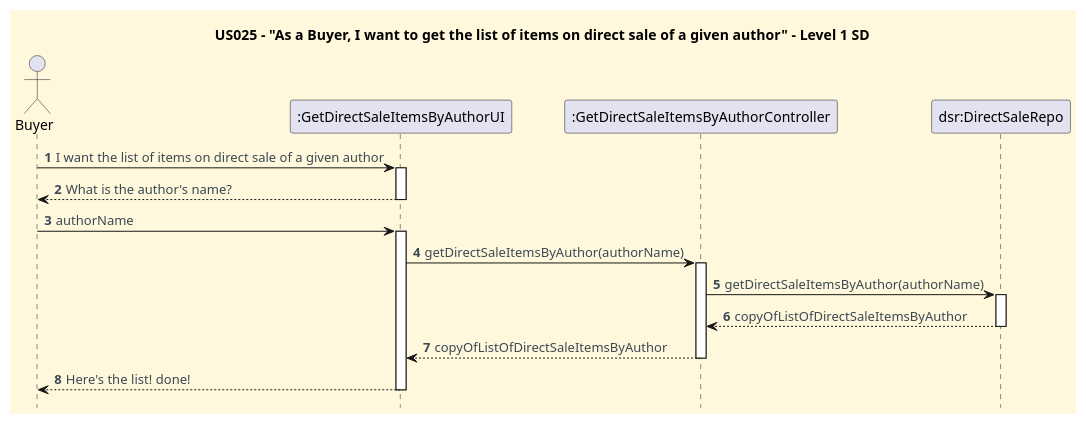
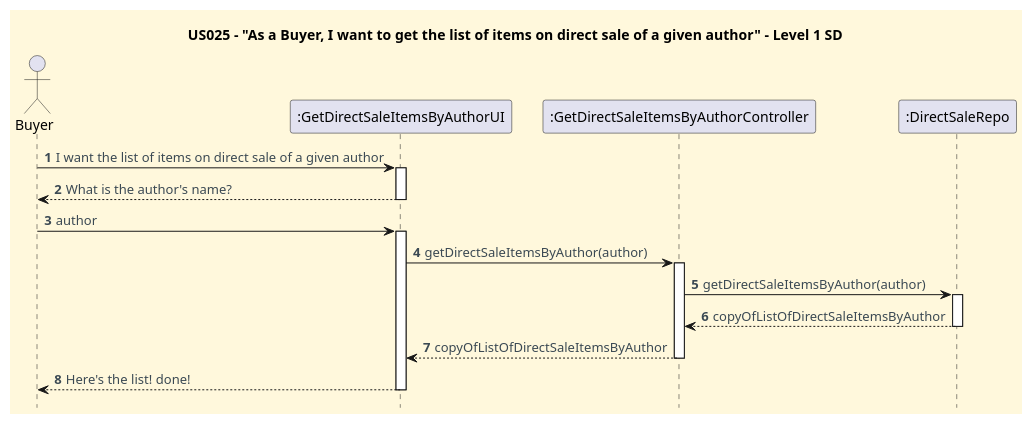
Before and after one commit to CarolinaLeite-collab/JavaMarketplacePlatform: the diagram in docs/userStories/US025/US025_get_list_of_items_on_direct_sale_of_given_author_SD.puml, drawn with PlantUML. The commit also changed 3 other files, not shown here.

```diff
--- a/docs/userStories/US025/US025_get_list_of_items_on_direct_sale_of_given_author_SD.puml
+++ b/docs/userStories/US025/US025_get_list_of_items_on_direct_sale_of_given_author_SD.puml
@@ -1,43 +1,43 @@
 @startuml
 title US025 – "As a Buyer, I want to get the list of items on direct sale of a given author" - Level 1 SD
 hidefootbox
 
 skinparam shadowing false
 skinparam defaultFontName Futura
 skinparam objectFontSize 20
 skinparam backgroundColor CornSilk
 skinparam objectBackgroundColor WhiteSmoke
 skinparam ArrowFontColor #3B4953
 
 autonumber
 autoactivate off
 
 actor Buyer
 participant ":GetDirectSaleItemsByAuthorUI" as UI
 participant ":GetDirectSaleItemsByAuthorController" as CTL
-participant "dsr:DirectSaleRepo" as DSR
+participant ":DirectSaleRepo" as DSR
 
 Buyer -> UI: I want the list of items on direct sale of a given author
 activate UI
 UI --> Buyer: What is the author's name?
 deactivate UI
-Buyer -> UI: authorName
+Buyer -> UI: author
 activate UI
 
 
-UI -> CTL: getDirectSaleItemsByAuthor(authorName)
+UI -> CTL: getDirectSaleItemsByAuthor(author)
 activate CTL
 
-CTL -> DSR: getDirectSaleItemsByAuthor(authorName)
+CTL -> DSR: getDirectSaleItemsByAuthor(author)
 activate DSR
 
 DSR --> CTL: copyOfListOfDirectSaleItemsByAuthor
 deactivate DSR
 
 CTL --> UI: copyOfListOfDirectSaleItemsByAuthor
 deactivate CTL
 
 UI --> Buyer: Here's the list! done!
 deactivate UI
 
 @enduml
```
